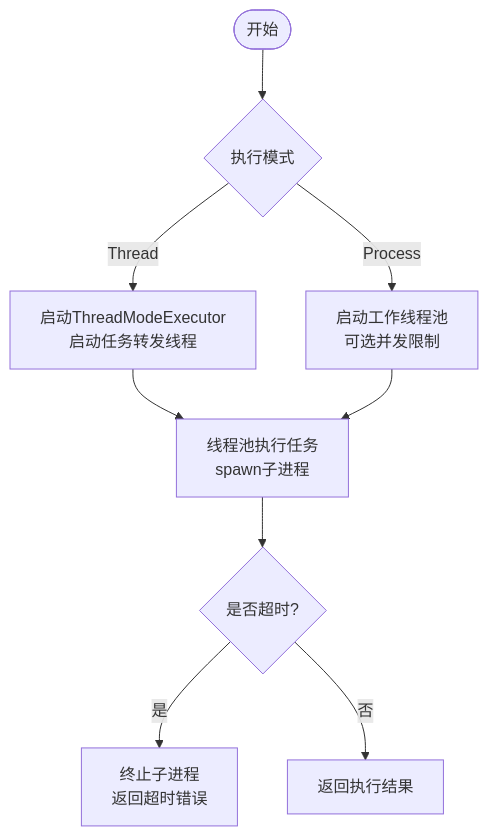
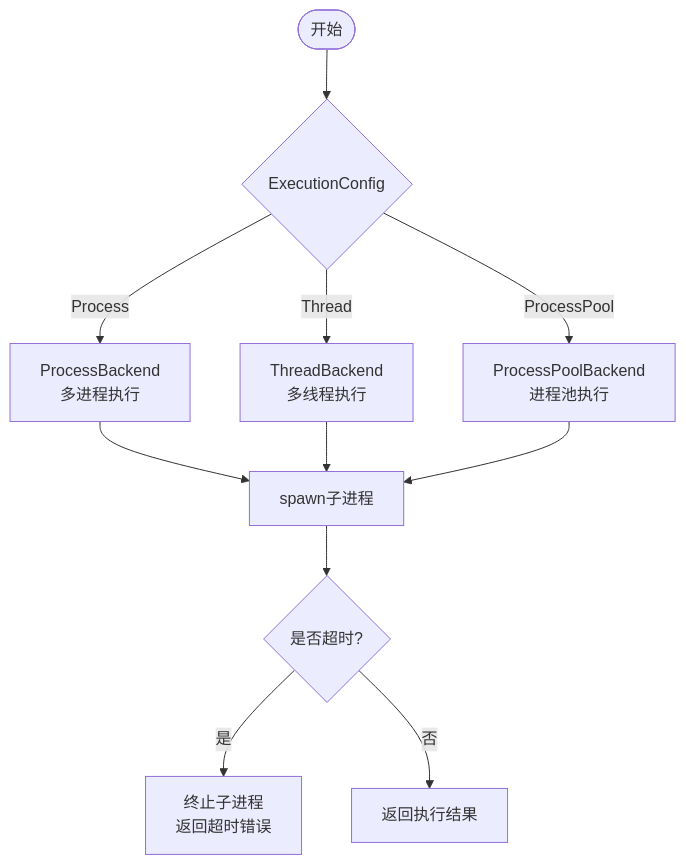
The seventh of 8 diagrams in .qoder/repowiki/zh/content/执行模式详解/执行模式详解.md (xcry2006/execute), drawn with Mermaid before and after one commit. The commit also changed other lines of this file and 9 other files, not shown here.

````diff
--- a/.qoder/repowiki/zh/content/执行模式详解/执行模式详解.md
+++ b/.qoder/repowiki/zh/content/执行模式详解/执行模式详解.md
@@ -281,11 +359,13 @@
 ```mermaid
 flowchart TD
-Start(["开始"]) --> ModeCheck{"执行模式"}
-ModeCheck --> |Thread| ThreadPath["启动ThreadModeExecutor<br/>启动任务转发线程"]
-ModeCheck --> |Process| ProcPath["启动工作线程池<br/>可选并发限制"]
-ThreadPath --> Exec["线程池执行任务<br/>spawn子进程"]
-ProcPath --> Exec
+Start(["开始"]) --> ConfigCheck{"ExecutionConfig"}
+ConfigCheck --> |Process| ProcessPath["ProcessBackend<br/>多进程执行"]
+ConfigCheck --> |Thread| ThreadPath["ThreadBackend<br/>多线程执行"]
+ConfigCheck --> |ProcessPool| ProcessPoolPath["ProcessPoolBackend<br/>进程池执行"]
+ProcessPath --> Exec["spawn子进程"]
+ThreadPath --> Exec
+ProcessPoolPath --> Exec
 Exec --> Timeout{"是否超时?"}
 Timeout --> |是| Kill["终止子进程<br/>返回超时错误"]
 Timeout --> |否| Done["返回执行结果"]
 ```
````
